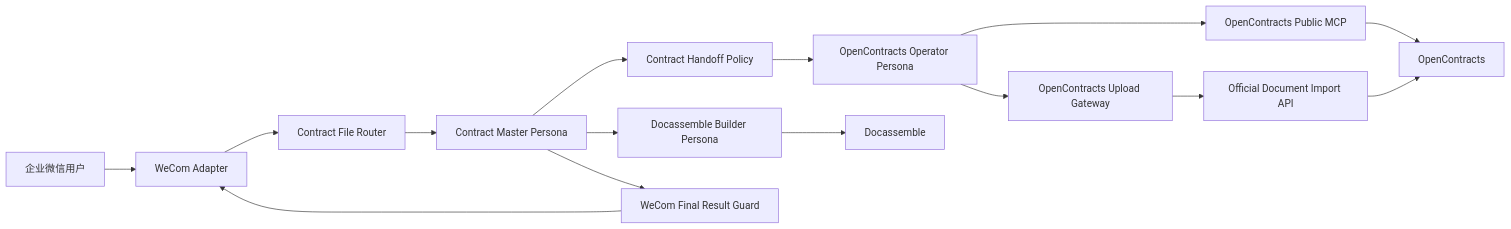
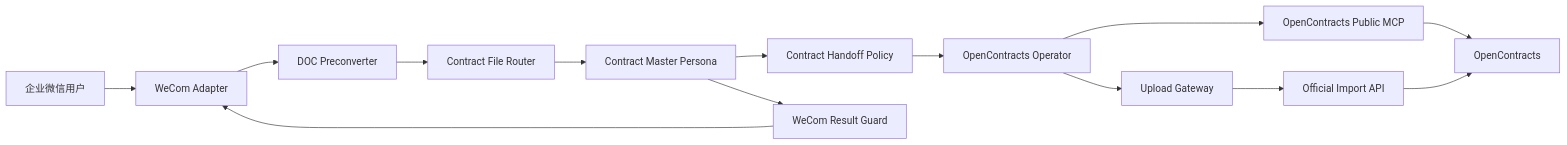
Before and after one commit to Ri0n72Y/ContractBotConfig: the diagram in README.md, drawn with Mermaid. The commit also changed other lines of this file, not shown here.

Commit message:
docs: document recoverable blocked upload flow

````diff
--- a/README.md
+++ b/README.md
@@ -18,31 +17,21 @@
 ```mermaid
 flowchart LR
     User[企业微信用户]
     WeCom[WeCom Adapter]
+    Convert[DOC Preconverter]
     Router[Contract File Router]
     Master[Contract Master Persona]
     Handoff[Contract Handoff Policy]
-    OCOperator[OpenContracts Operator Persona]
+    Operator[OpenContracts Operator]
     MCP[OpenContracts Public MCP]
-    Gateway[OpenContracts Upload Gateway]
-    ImportAPI[Official Document Import API]
-    OpenContracts[OpenContracts]
-    ResultGuard[WeCom Final Result Guard]
-    DocBuilder[Docassemble Builder Persona]
-    Docassemble[Docassemble]
+    Gateway[Upload Gateway]
+    API[Official Import API]
+    OC[OpenContracts]
+    Guard[WeCom Result Guard]
 
-    User --> WeCom
-    WeCom --> Router
-    Router --> Master
-    Master --> Handoff
-    Handoff --> OCOperator
-    OCOperator --> MCP
-    MCP --> OpenContracts
-    OCOperator --> Gateway
-    Gateway --> ImportAPI
-    ImportAPI --> OpenContracts
-    Master --> DocBuilder
-    DocBuilder --> Docassemble
-    Master --> ResultGuard
-    ResultGuard --> WeCom
+    User --> WeCom --> Convert --> Router --> Master
+    Master --> Handoff --> Operator
+    Operator --> MCP --> OC
+    Operator --> Gateway --> API --> OC
+    Master --> Guard --> WeCom
 ```
````
